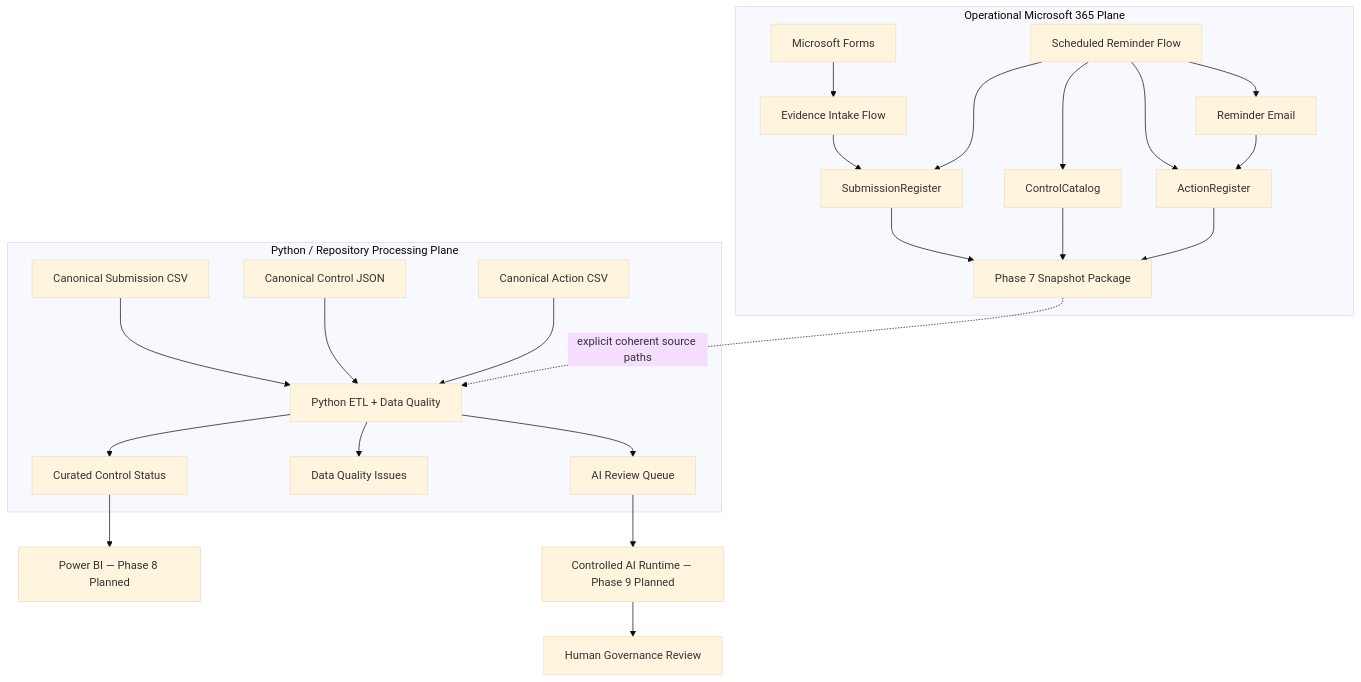
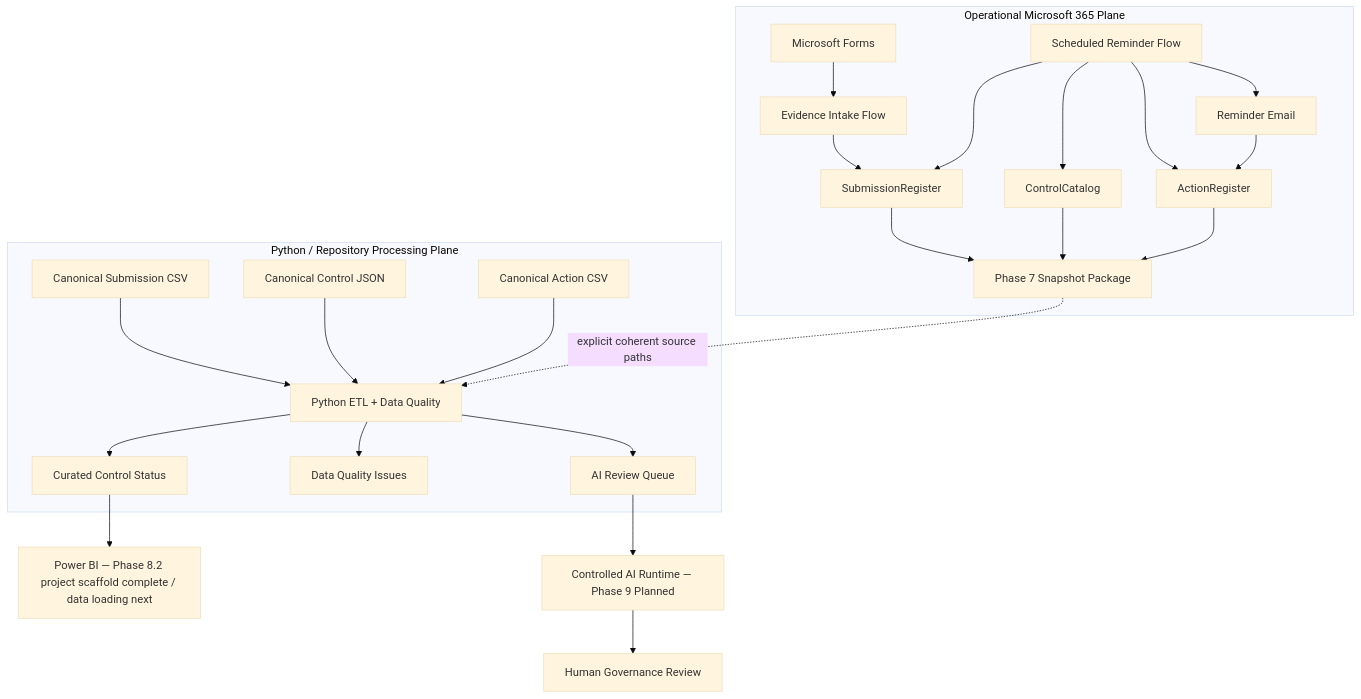
One commit to gw-ai-security/cyber-governance-automation-lab changed the first of 3 diagrams in docs/architecture.md. Above: the diagram before and after it, drawn with Mermaid (base theme). The commit also changed other lines of this file, not shown here.

Commit message:
docs: align architecture with Phase 8.2 scaffold

````diff
--- a/docs/architecture.md
+++ b/docs/architecture.md
@@ -84,31 +92,31 @@
 ```mermaid
 flowchart TD
     subgraph OP[Operational Microsoft 365 Plane]
         A[Microsoft Forms] --> B[Evidence Intake Flow]
         B --> C[SubmissionRegister]
 
         D[Scheduled Reminder Flow] --> C
         D --> E[ControlCatalog]
         D --> F[ActionRegister]
         D --> G[Reminder Email]
         G --> F
 
         C --> S[Phase 7 Snapshot Package]
         E --> S
         F --> S
     end
 
     subgraph PY[Python / Repository Processing Plane]
         H[Canonical Submission CSV] --> K[Python ETL + Data Quality]
         I[Canonical Control JSON] --> K
         J[Canonical Action CSV] --> K
         S -. explicit coherent source paths .-> K
         K --> L[Curated Control Status]
         K --> M[Data Quality Issues]
         K --> N[AI Review Queue]
     end
 
-    L --> P[Power BI — Phase 8 Planned]
+    L --> P[Power BI — Phase 8.2 project scaffold complete / data loading next]
     N --> Q[Controlled AI Runtime — Phase 9 Planned]
     Q --> R[Human Governance Review]
 ```
````
